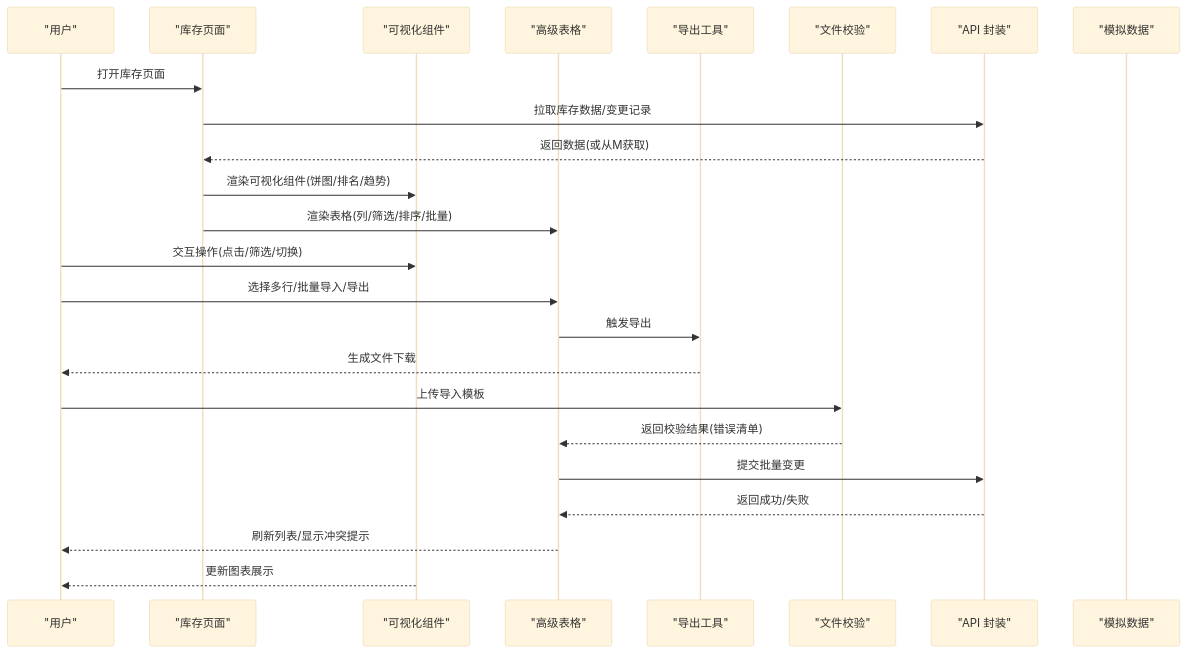
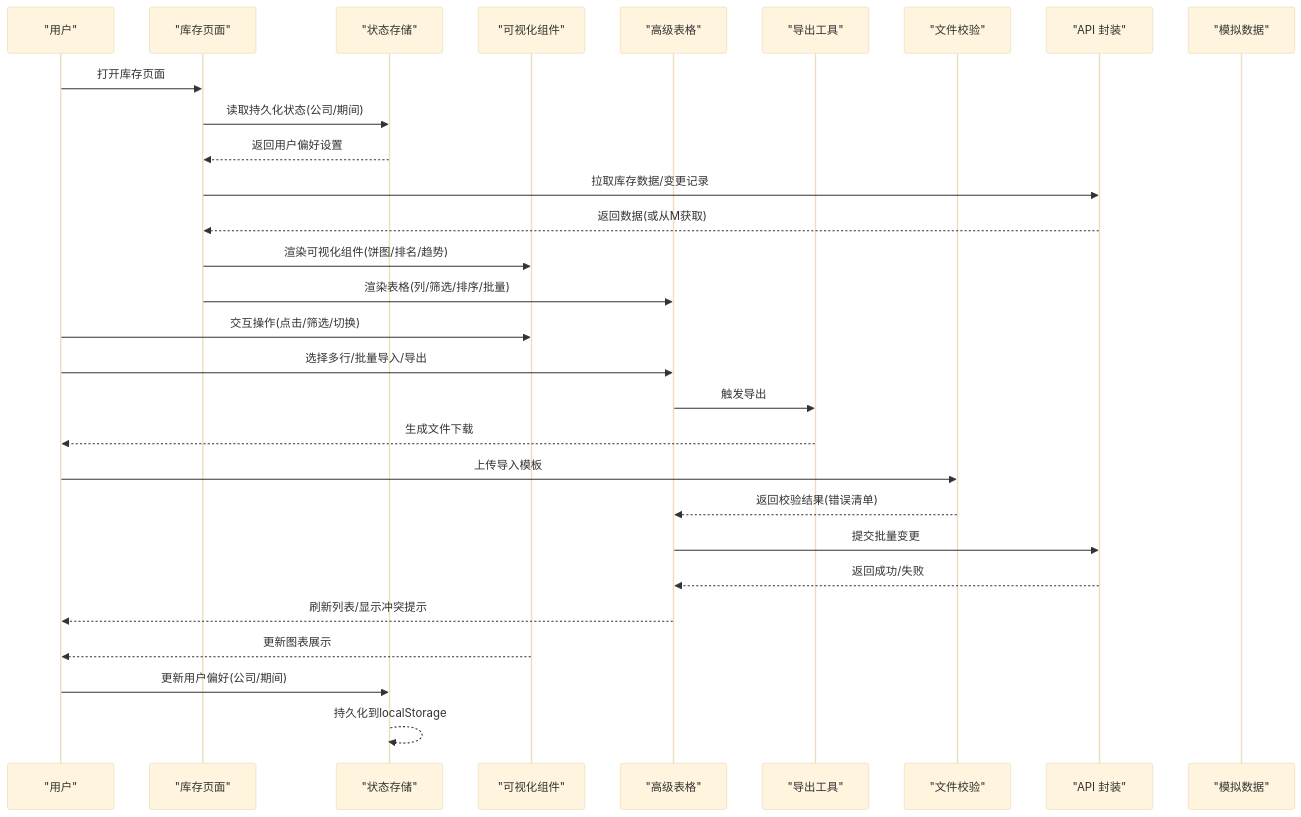
One commit to Damao997/newproject changed the second of 11 diagrams in .qoder/repowiki/zh/content/页面组件/库存管理页面.md. Above: the diagram before and after it, drawn with Mermaid (base theme). The commit also changed other lines of this file and 22 other files, not shown here.

````diff
--- a/.qoder/repowiki/zh/content/页面组件/库存管理页面.md
+++ b/.qoder/repowiki/zh/content/页面组件/库存管理页面.md
@@ -137,26 +130,31 @@
 ```mermaid
 sequenceDiagram
 participant U as "用户"
 participant P as "库存页面"
+participant S as "状态存储"
 participant V as "可视化组件"
 participant T as "高级表格"
 participant X as "导出工具"
 participant Vld as "文件校验"
 participant A as "API 封装"
 participant M as "模拟数据"
 U->>P : 打开库存页面
+P->>S : 读取持久化状态(公司/期间)
+S-->>P : 返回用户偏好设置
 P->>A : 拉取库存数据/变更记录
 A-->>P : 返回数据(或从M获取)
 P->>V : 渲染可视化组件(饼图/排名/趋势)
 P->>T : 渲染表格(列/筛选/排序/批量)
 U->>V : 交互操作(点击/筛选/切换)
 U->>T : 选择多行/批量导入/导出
 T->>X : 触发导出
 X-->>U : 生成文件下载
 U->>Vld : 上传导入模板
 Vld-->>T : 返回校验结果(错误清单)
 T->>A : 提交批量变更
 A-->>T : 返回成功/失败
 T-->>U : 刷新列表/显示冲突提示
 V-->>U : 更新图表展示
+U->>S : 更新用户偏好(公司/期间)
+S-->>S : 持久化到localStorage
 ```
````
